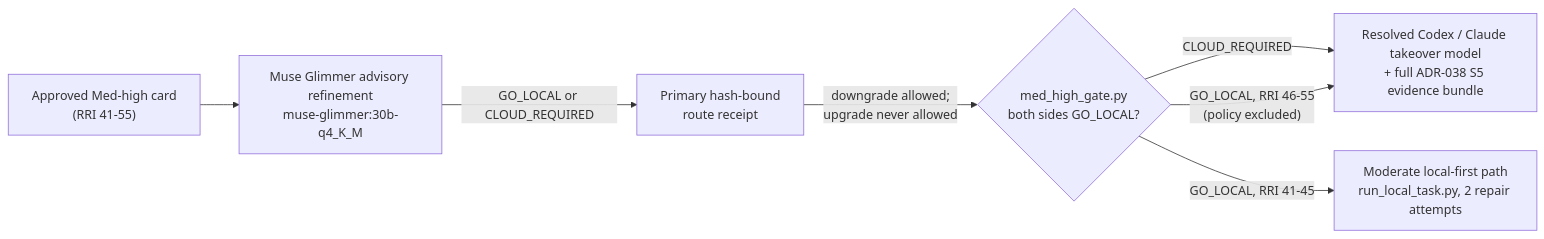
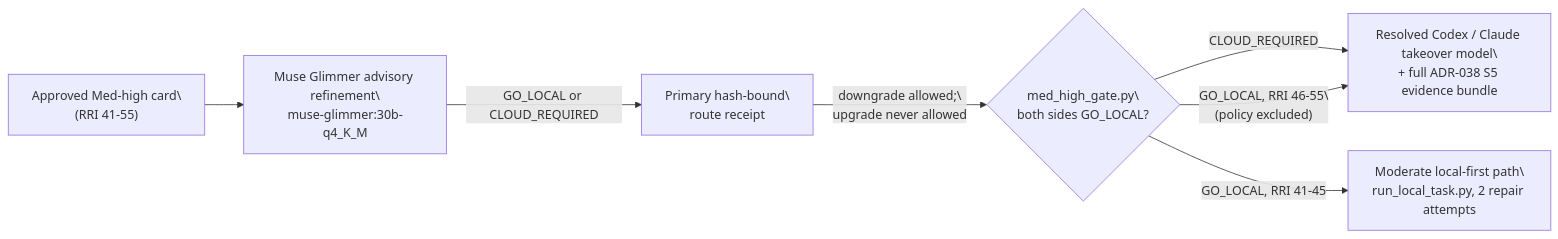
One commit to krukmat/dubbridge changed the first of 2 diagrams in docs/playbooks/AGENT_WORKFLOW_GUIDE.md. Above: the diagram before and after it, drawn with Mermaid. The commit also changed other lines of this file, not shown here.

````diff
--- a/docs/playbooks/AGENT_WORKFLOW_GUIDE.md
+++ b/docs/playbooks/AGENT_WORKFLOW_GUIDE.md
@@ -417,9 +442,17 @@
 ```mermaid
 flowchart LR
-    Card["Approved Med-high card\n(RRI 41-55)"] --> Glimmer["Muse Glimmer advisory refinement\nmuse-glimmer:30b-q4_K_M"]
-    Glimmer -->|GO_LOCAL or CLOUD_REQUIRED| Receipt["Primary hash-bound\nroute receipt"]
-    Receipt -->|"downgrade allowed;\nupgrade never allowed"| Gate{"med_high_gate.py\nboth sides GO_LOCAL?"}
-    Gate -->|CLOUD_REQUIRED| Cloud["Resolved Codex / Claude takeover model\n+ full ADR-038 S5 evidence bundle"]
-    Gate -->|"GO_LOCAL, RRI 46-55\n(policy excluded)"| Cloud
-    Gate -->|"GO_LOCAL, RRI 41-45"| LocalFirst["Moderate local-first path\nrun_local_task.py, 2 repair attempts"]
+    Card["Approved Med-high card\
+(RRI 41-55)"] --> Glimmer["Muse Glimmer advisory refinement\
+muse-glimmer:30b-q4_K_M"]
+    Glimmer -->|GO_LOCAL or CLOUD_REQUIRED| Receipt["Primary hash-bound\
+route receipt"]
+    Receipt -->|"downgrade allowed;\
+upgrade never allowed"| Gate{"med_high_gate.py\
+both sides GO_LOCAL?"}
+    Gate -->|CLOUD_REQUIRED| Cloud["Resolved Codex / Claude takeover model\
++ full ADR-038 S5 evidence bundle"]
+    Gate -->|"GO_LOCAL, RRI 46-55\
+(policy excluded)"| Cloud
+    Gate -->|"GO_LOCAL, RRI 41-45"| LocalFirst["Moderate local-first path\
+run_local_task.py, 2 repair attempts"]
 ```
````
